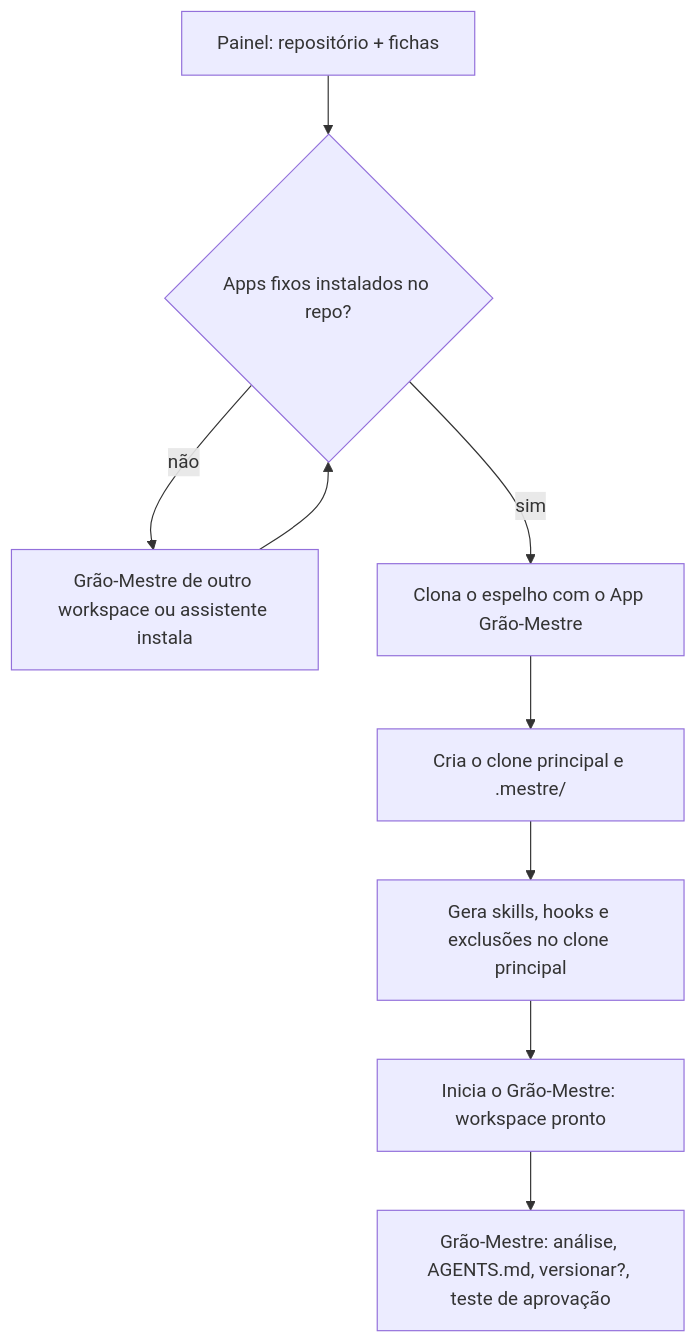
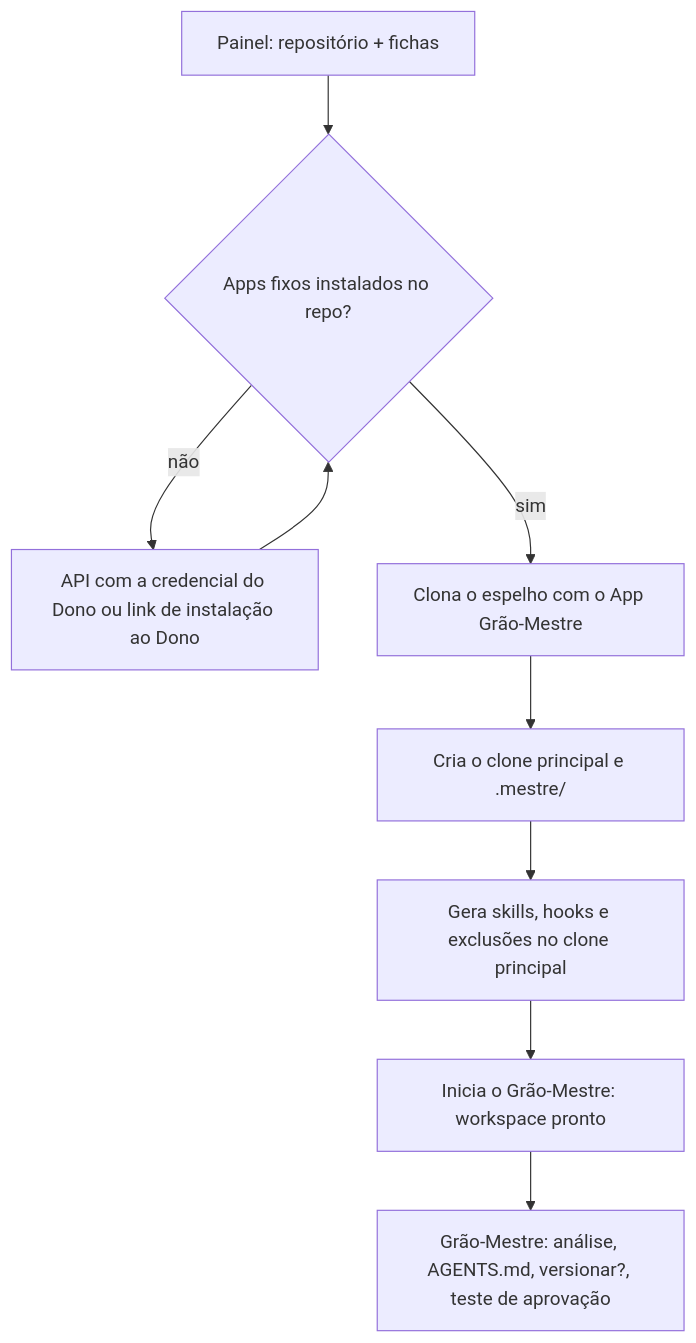
The diagram in docs/sessao-zero/workspace.md (lucasndas/mestre), drawn with Mermaid before and after one commit. The commit also changed other lines of this file and 78 other files, not shown here.

````diff
--- a/docs/sessao-zero/workspace.md
+++ b/docs/sessao-zero/workspace.md
@@ -14,11 +14,11 @@
 ```mermaid
 flowchart TD
   A[Painel: repositório + fichas] --> B{Apps fixos instalados no repo?}
-  B -- não --> C[Grão-Mestre de outro workspace ou assistente instala]
+  B -- não --> C[API com a credencial do Dono ou link de instalação ao Dono]
   C --> B
   B -- sim --> D[Clona o espelho com o App Grão-Mestre]
   D --> E[Cria o clone principal e .mestre/]
   E --> F[Gera skills, hooks e exclusões no clone principal]
   F --> G[Inicia o Grão-Mestre: workspace pronto]
   G --> H[Grão-Mestre: análise, AGENTS.md, versionar?, teste de aprovação]
 ```
````
